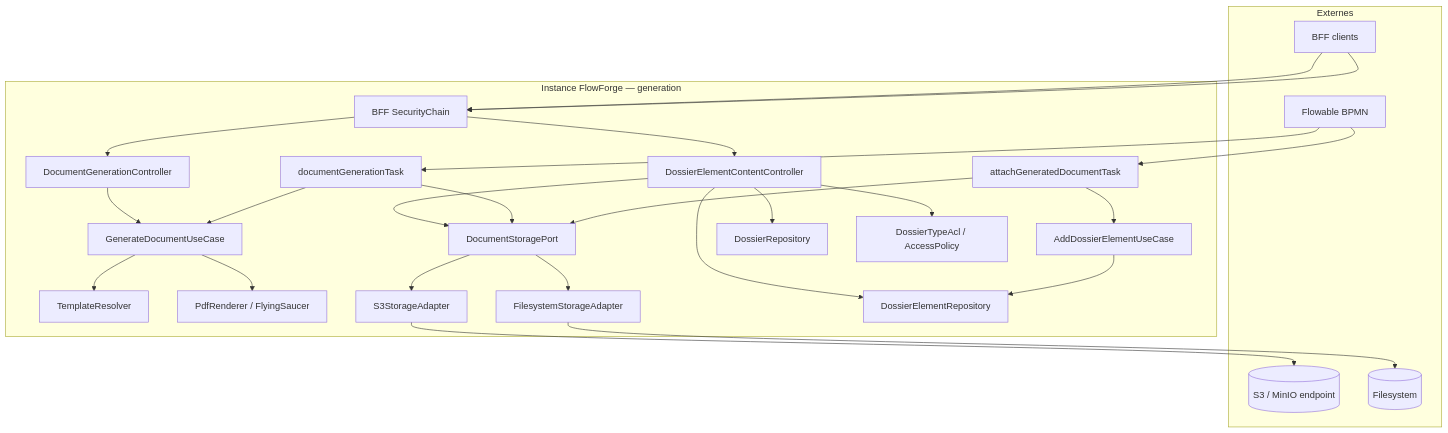
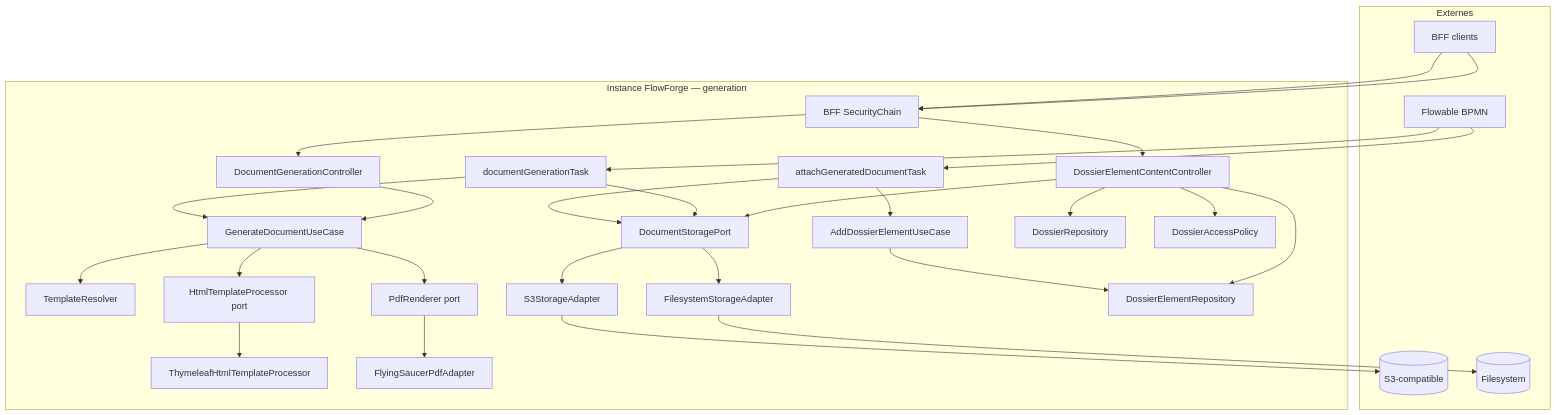
The diagram in docs/ai/design/2026-08-03-feature-generation-documents.md (superjojo79/Myrmacta), drawn with Mermaid before and after one commit. The commit also changed other lines of this file and 2 other files, not shown here.

````diff
--- a/docs/ai/design/2026-08-03-feature-generation-documents.md
+++ b/docs/ai/design/2026-08-03-feature-generation-documents.md
@@ -22,46 +23,50 @@
 ```mermaid
 flowchart TB
   subgraph external["Externes"]
     SPA[BFF clients]
     BPMN[Flowable BPMN]
-    S3[(S3 / MinIO endpoint)]
+    S3[(S3-compatible)]
     FS[(Filesystem)]
   end
 
   subgraph app["Instance FlowForge — generation"]
     BFF[BFF SecurityChain]
     GC[DocumentGenerationController]
     EC[DossierElementContentController]
     GEN[GenerateDocumentUseCase]
     ADD[AddDossierElementUseCase]
     TR[TemplateResolver]
-    PDF[PdfRenderer / FlyingSaucer]
+    HTP[HtmlTemplateProcessor port]
+    HTPA[ThymeleafHtmlTemplateProcessor]
+    PDF[PdfRenderer port]
+    PDFA[FlyingSaucerPdfAdapter]
     STORE[DocumentStoragePort]
     S3A[S3StorageAdapter]
     FSA[FilesystemStorageAdapter]
     TGEN[documentGenerationTask]
     TATT[attachGeneratedDocumentTask]
     EREP[DossierElementRepository]
     DREP[DossierRepository]
-    ACL[DossierTypeAcl / AccessPolicy]
+    ACL[DossierAccessPolicy]
 
     SPA --> BFF --> GC
     SPA --> BFF --> EC
     GC --> GEN
     EC --> EREP
     EC --> DREP
     EC --> ACL
     EC --> STORE
     GEN --> TR
-    GEN --> PDF
+    GEN --> HTP --> HTPA
+    GEN --> PDF --> PDFA
     BPMN --> TGEN --> GEN
     TGEN --> STORE
     BPMN --> TATT --> ADD
+    TATT --> STORE
     ADD --> EREP
-    TATT --> STORE
     STORE --> S3A
     STORE --> FSA
     S3A --> S3
     FSA --> FS
   end
 ```
````
